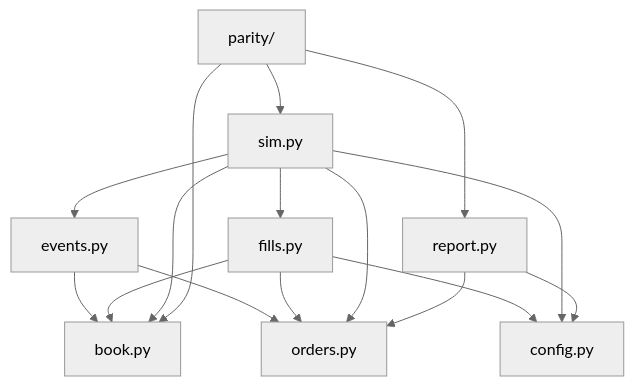
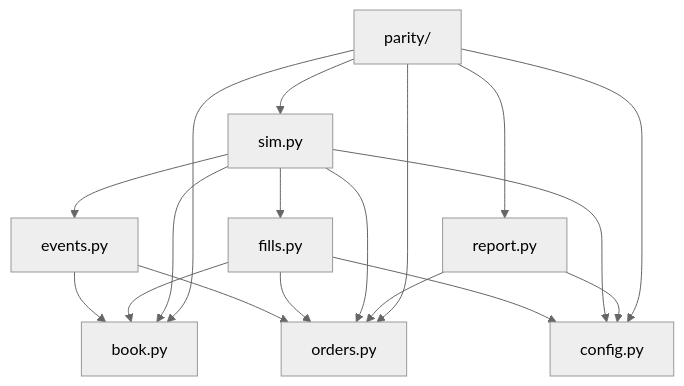
The diagram in _bmad-output/planning-artifacts/architecture/tick-infra-fill-simulator-2026-08-29/ARCHITECTURE-SPINE.md (Warper2001/Silver-Bullet-ML-BMAD), drawn with Mermaid (neutral theme) before and after one commit. The commit also changed other lines of this file and 6 other files, not shown here.

````diff
--- a/_bmad-output/planning-artifacts/architecture/tick-infra-fill-simulator-2026-08-29/ARCHITECTURE-SPINE.md
+++ b/_bmad-output/planning-artifacts/architecture/tick-infra-fill-simulator-2026-08-29/ARCHITECTURE-SPINE.md
@@ -34,26 +34,28 @@
 ```mermaid
 graph TD
   config[config.py]
   book[book.py]
   orders[orders.py]
   events[events.py]
   fills[fills.py]
   sim[sim.py]
   report[report.py]
   parity[parity/]
   events --> book
   events --> orders
   fills --> book
   fills --> orders
   fills --> config
   sim --> events
   sim --> fills
   sim --> book
   sim --> orders
   sim --> config
   report --> orders
   report --> config
   parity --> sim
   parity --> report
   parity --> book
+  parity --> orders
+  parity --> config
 ```
````
